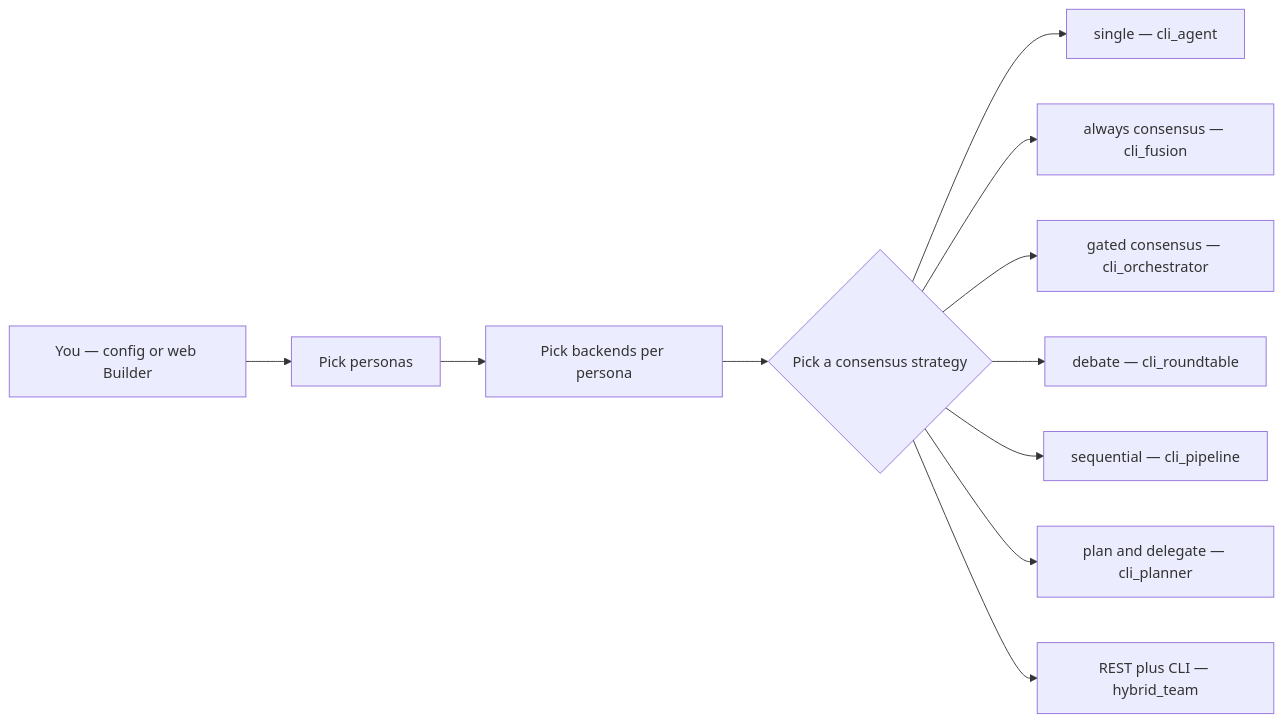
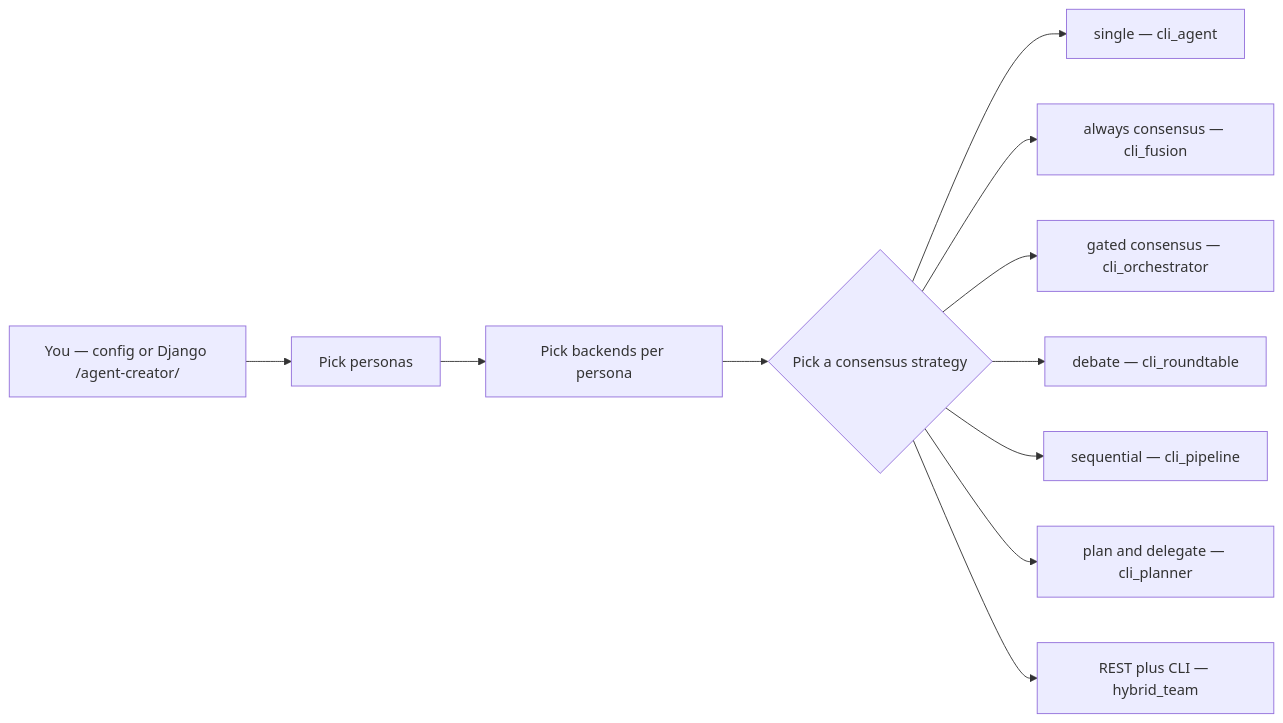
One commit to matthewhand/open-swarm changed the first of 11 diagrams in docs/ORCHESTRATION_PATTERNS.md. Above: the diagram before and after it, drawn with Mermaid. The commit also changed other lines of this file and 3 other files, not shown here.

````diff
--- a/docs/ORCHESTRATION_PATTERNS.md
+++ b/docs/ORCHESTRATION_PATTERNS.md
@@ -38,13 +39,13 @@
 ```mermaid
 flowchart LR
-    U[You — config or web Builder] --> P[Pick personas]
+    U[You — config or Django /agent-creator/] --> P[Pick personas]
     P --> B[Pick backends per persona]
     B --> S{Pick a consensus strategy}
     S --> A1[single — cli_agent]
     S --> A2[always consensus — cli_fusion]
     S --> A3[gated consensus — cli_orchestrator]
     S --> A4[debate — cli_roundtable]
     S --> A5[sequential — cli_pipeline]
     S --> A6[plan and delegate — cli_planner]
     S --> A7[REST plus CLI — hybrid_team]
 ```
````
